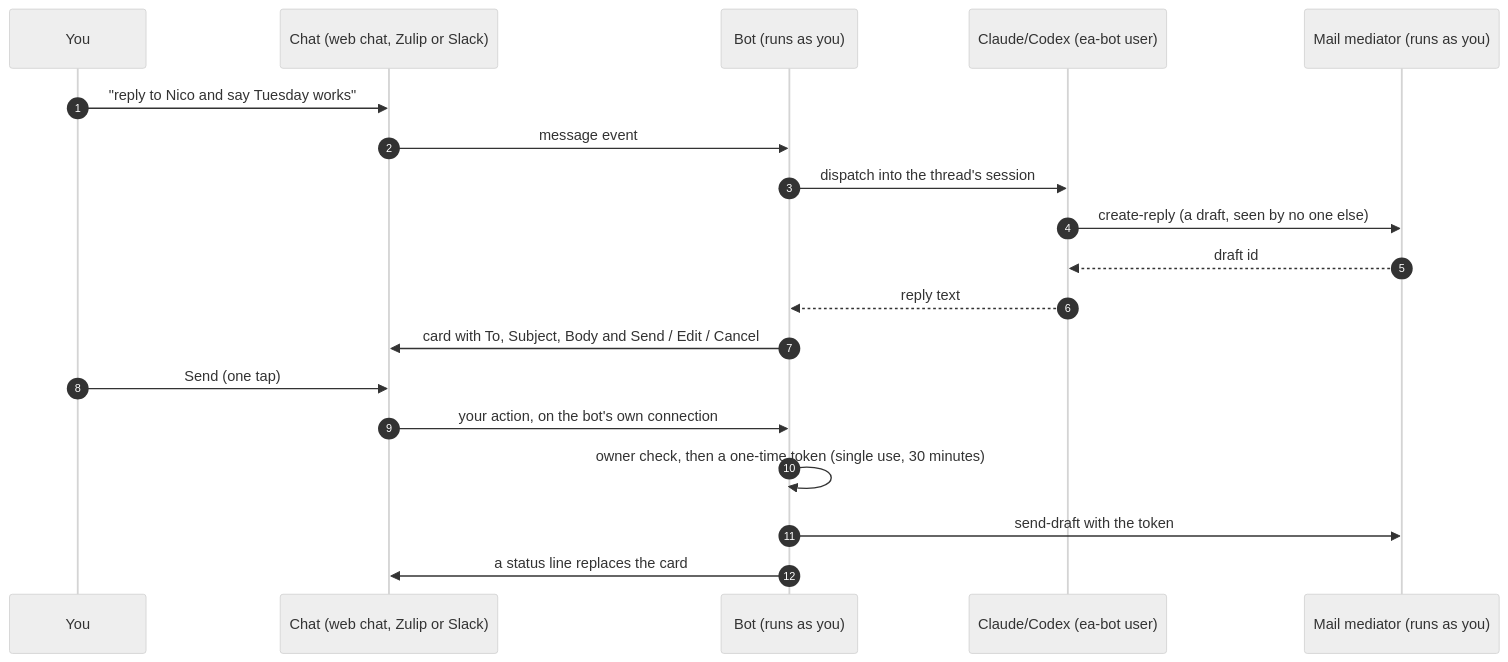
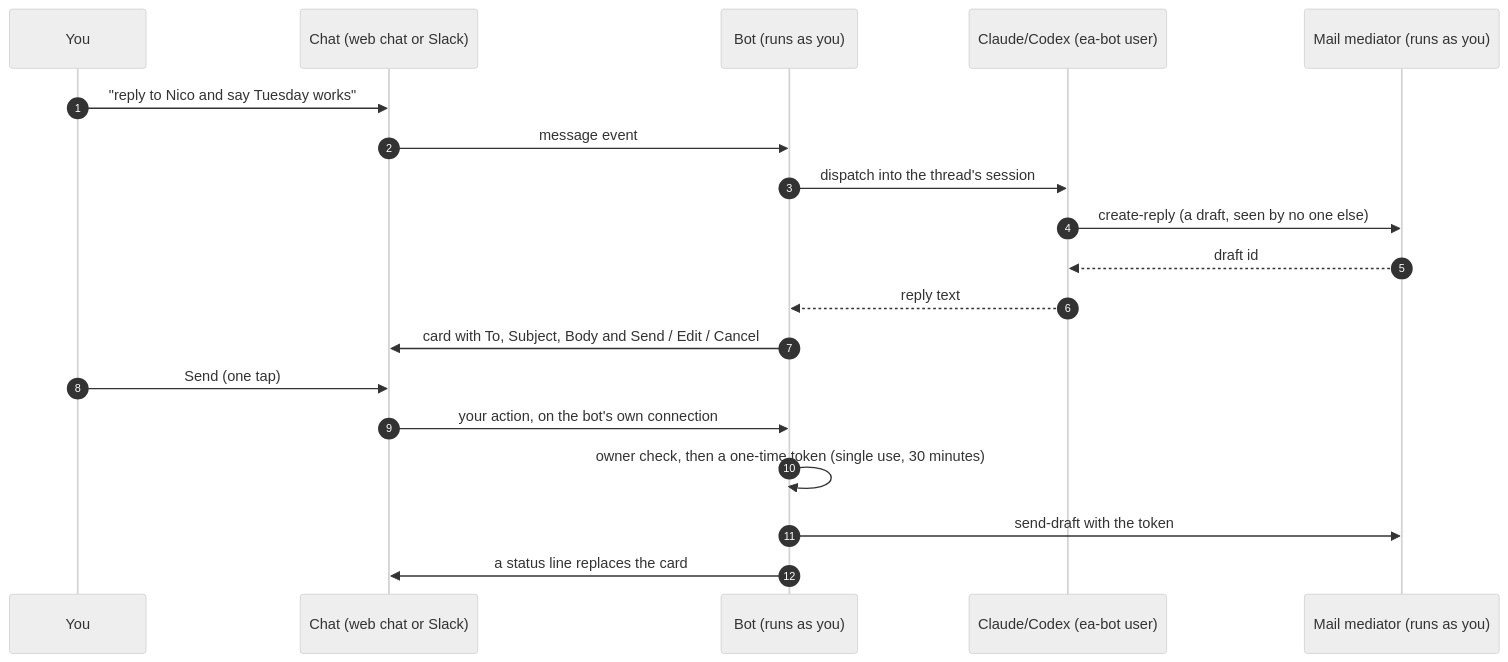
One commit to arpg/tacitus changed the first of 2 diagrams in README.md. Above: the diagram before and after it, drawn with Mermaid (neutral theme). The commit also changed other lines of this file and 220 other files, not shown here.

````diff
--- a/README.md
+++ b/README.md
@@ -171,21 +168,21 @@
 ```mermaid
 sequenceDiagram
     autonumber
     participant You
-    participant Chat as Chat (web chat, Zulip or Slack)
+    participant Chat as Chat (web chat or Slack)
     participant Bot as Bot (runs as you)
     participant LLM as Claude/Codex (ea-bot user)
     participant Mail as Mail mediator (runs as you)
     You->>Chat: "reply to Nico and say Tuesday works"
     Chat->>Bot: message event
     Bot->>LLM: dispatch into the thread's session
     LLM->>Mail: create-reply (a draft, seen by no one else)
     Mail-->>LLM: draft id
     LLM-->>Bot: reply text
     Bot->>Chat: card with To, Subject, Body and Send / Edit / Cancel
     You->>Chat: Send (one tap)
     Chat->>Bot: your action, on the bot's own connection
     Bot->>Bot: owner check, then a one-time token (single use, 30 minutes)
     Bot->>Mail: send-draft with the token
     Bot->>Chat: a status line replaces the card
 ```
````
